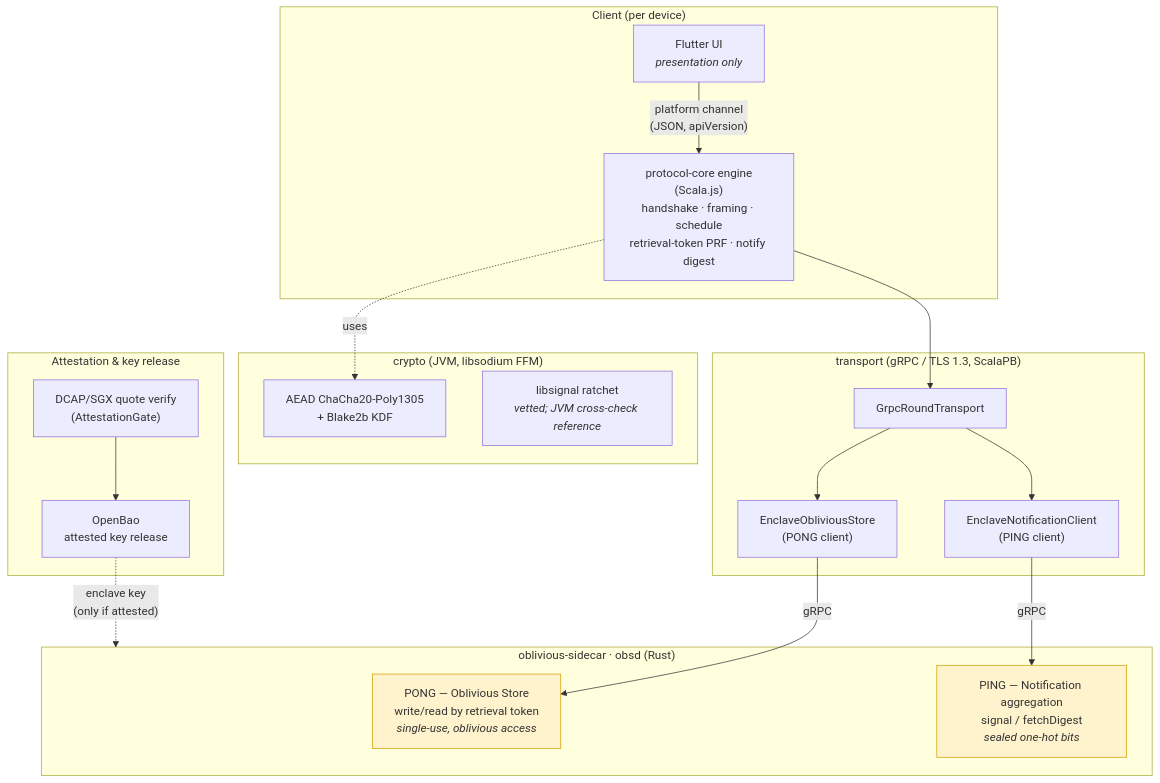
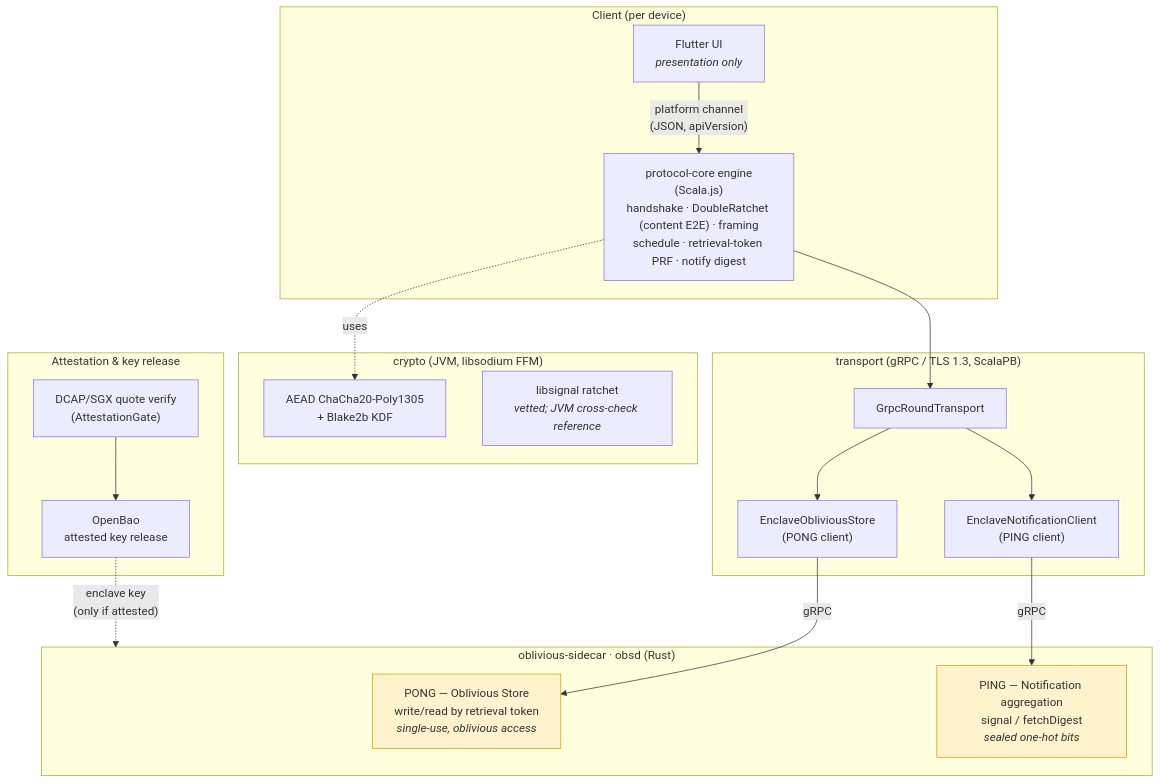
One commit to oluies/Deppis changed the first of 9 diagrams in ARCHITECTURE.md. Above: the diagram before and after it, drawn with Mermaid. The commit also changed other lines of this file and 3 other files, not shown here.

````diff
--- a/ARCHITECTURE.md
+++ b/ARCHITECTURE.md
@@ -21,41 +21,41 @@
 ```mermaid
 flowchart TB
     subgraph client["Client (per device)"]
         flutter["Flutter UI<br/><i>presentation only</i>"]
-        engine["protocol-core engine<br/>(Scala.js)<br/>handshake · framing · schedule<br/>retrieval-token PRF · notify digest"]
+        engine["protocol-core engine<br/>(Scala.js)<br/>handshake · DoubleRatchet (content E2E) · framing<br/>schedule · retrieval-token PRF · notify digest"]
         flutter -->|"platform channel<br/>(JSON, apiVersion)"| engine
     end
 
     subgraph crypto["crypto (JVM, libsodium FFM)"]
         aead["AEAD ChaCha20-Poly1305<br/>+ Blake2b KDF"]
         ratchet["libsignal ratchet<br/><i>vetted; JVM cross-check reference</i>"]
     end
 
     subgraph transport["transport (gRPC / TLS 1.3, ScalaPB)"]
         grt["GrpcRoundTransport"]
         store_front["EnclaveObliviousStore<br/>(PONG client)"]
         notify_front["EnclaveNotificationClient<br/>(PING client)"]
         grt --> store_front
         grt --> notify_front
     end
 
     subgraph sidecar["oblivious-sidecar · obsd (Rust)"]
         pong["PONG — Oblivious Store<br/>write/read by retrieval token<br/><i>single-use, oblivious access</i>"]
         ping["PING — Notification aggregation<br/>signal / fetchDigest<br/><i>sealed one-hot bits</i>"]
     end
 
     subgraph attest["Attestation & key release"]
         dcap["DCAP/SGX quote verify<br/>(AttestationGate)"]
         bao["OpenBao<br/>attested key release"]
     end
 
     engine -. uses .-> aead
     engine --> grt
     store_front -->|gRPC| pong
     notify_front -->|gRPC| ping
     dcap --> bao
     bao -.->|"enclave key<br/>(only if attested)"| sidecar
 
     classDef dev fill:#fff3cd,stroke:#d39e00;
     class pong,ping dev;
 ```
````
